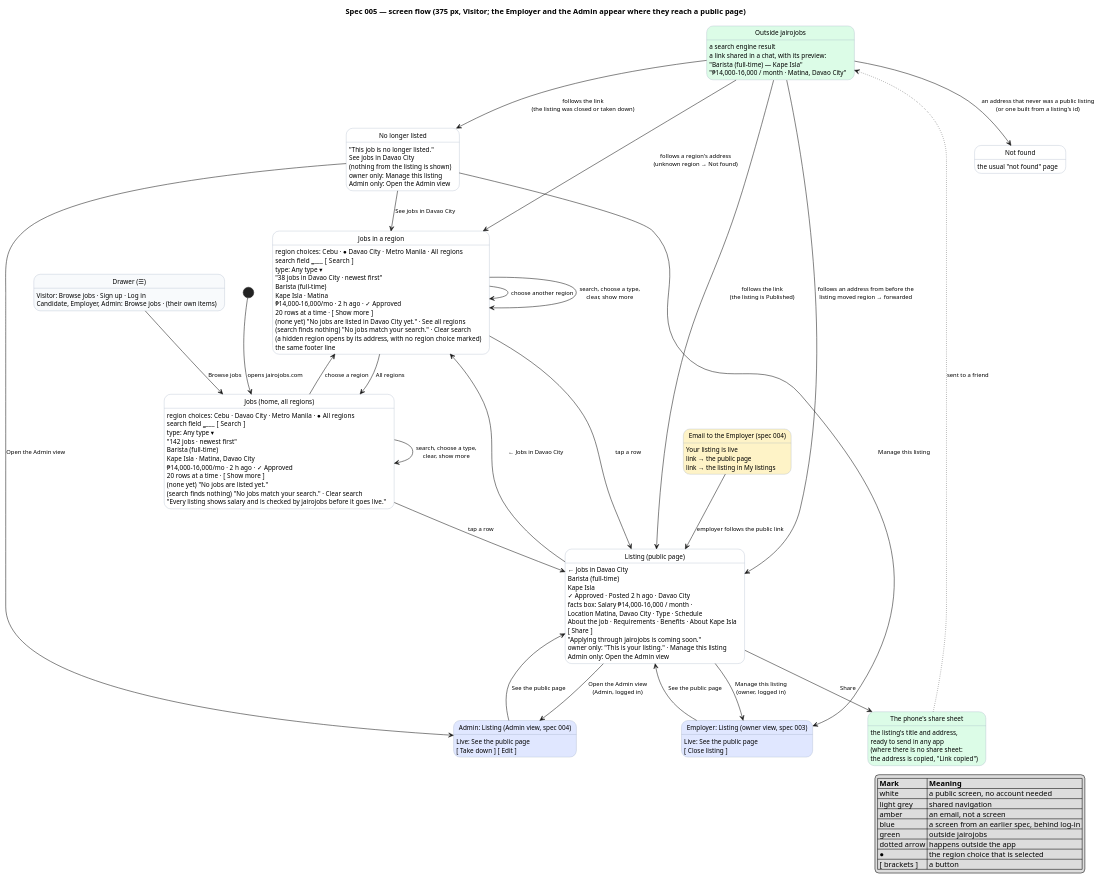
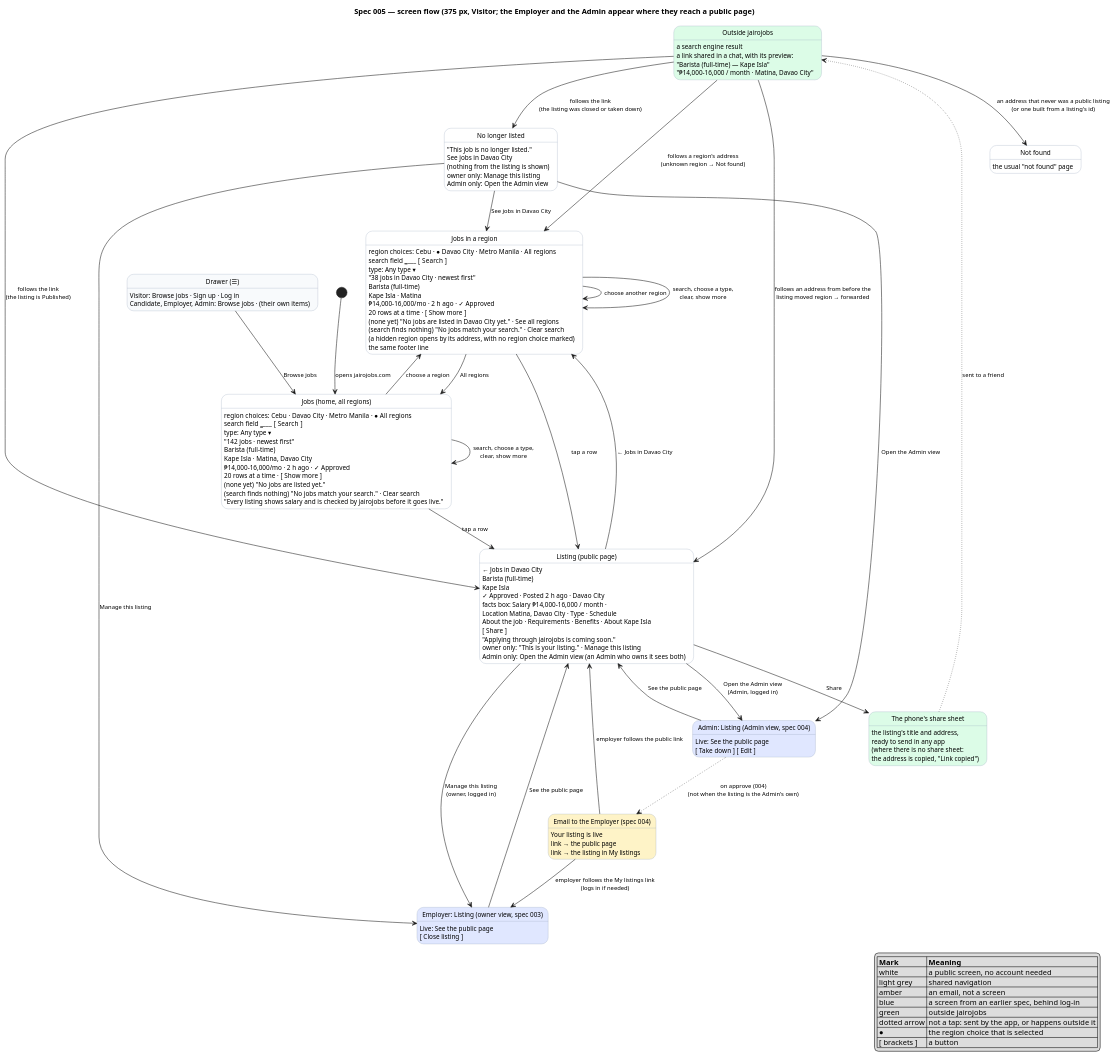
The diagram in docs/specs/005-public-browse-search/diagrams/screenflow-browse.puml (raseniero/jairojobs-elixir), drawn with PlantUML before and after one commit. The commit also changed 10 other files, not shown here.

Commit message:
docs(spec 005): scenario-by-scenario check of the diagrams; table of earlier documents verified

```diff
--- a/docs/specs/005-public-browse-search/diagrams/screenflow-browse.puml
+++ b/docs/specs/005-public-browse-search/diagrams/screenflow-browse.puml
@@ -1,136 +1,138 @@
 @startuml screenflow-browse
 ' Spec 005 — screen flow. Each state is a screen (key elements listed); each arrow is a user action.
 ' Every user story US-005-1..11 is a path through this diagram (see table in spec.md).
 
 hide empty description
 skinparam state {
   BackgroundColor white
   BackgroundColor<<public>> #f8fafc
   BackgroundColor<<email>> #fef3c7
   BackgroundColor<<other>> #e0e7ff
   BackgroundColor<<outside>> #dcfce7
   BorderColor #94a3b8
   FontSize 12
 }
 skinparam arrowFontSize 11
 
 title Spec 005 — screen flow (375 px, Visitor; the Employer and the Admin appear where they reach a public page)
 
 state "Outside jairojobs" as Outside <<outside>>
 Outside : a search engine result
 Outside : a link shared in a chat, with its preview:
 Outside : "Barista (full-time) — Kape Isla"
 Outside : "₱14,000–16,000 / month · Matina, Davao City"
 
 state "Drawer (☰)" as Drawer <<public>>
 Drawer : Visitor: Browse jobs · Sign up · Log in
 Drawer : Candidate, Employer, Admin: Browse jobs · (their own items)
 
 state "Jobs (home, all regions)" as All
 All : region choices: Cebu · Davao City · Metro Manila · ● All regions
 All : search field ________  [ Search ]
 All : type: Any type ▾
 All : "142 jobs · newest first"
 All : Barista (full-time)
 All : Kape Isla · Matina, Davao City
 All : ₱14,000–16,000/mo · 2 h ago · ✓ Approved
 All : 20 rows at a time · [ Show more ]
 All : (none yet) "No jobs are listed yet."
 All : (search finds nothing) "No jobs match your search." · Clear search
 All : "Every listing shows salary and is checked by jairojobs before it goes live."
 
 state "Jobs in a region" as Region
 Region : region choices: Cebu · ● Davao City · Metro Manila · All regions
 Region : search field ________  [ Search ]
 Region : type: Any type ▾
 Region : "38 jobs in Davao City · newest first"
 Region : Barista (full-time)
 Region : Kape Isla · Matina
 Region : ₱14,000–16,000/mo · 2 h ago · ✓ Approved
 Region : 20 rows at a time · [ Show more ]
 Region : (none yet) "No jobs are listed in Davao City yet." · See all regions
 Region : (search finds nothing) "No jobs match your search." · Clear search
 Region : (a hidden region opens by its address, with no region choice marked)
 Region : the same footer line
 
 state "Listing (public page)" as Listing
 Listing : ← Jobs in Davao City
 Listing : Barista (full-time)
 Listing : Kape Isla
 Listing : ✓ Approved · Posted 2 h ago · Davao City
 Listing : facts box: Salary ₱14,000–16,000 / month ·
 Listing : Location Matina, Davao City · Type · Schedule
 Listing : About the job · Requirements · Benefits · About Kape Isla
 Listing : [ Share ]
 Listing : "Applying through jairojobs is coming soon."
 Listing : owner only: "This is your listing." · Manage this listing
-Listing : Admin only: Open the Admin view
+Listing : Admin only: Open the Admin view (an Admin who owns it sees both)
 
 state "No longer listed" as Gone
 Gone : "This job is no longer listed."
 Gone : See jobs in Davao City
 Gone : (nothing from the listing is shown)
 Gone : owner only: Manage this listing
 Gone : Admin only: Open the Admin view
 
 state "Not found" as NotFound
 NotFound : the usual "not found" page
 
 state "The phone's share sheet" as Sheet <<outside>>
 Sheet : the listing's title and address,
 Sheet : ready to send in any app
 Sheet : (where there is no share sheet:
 Sheet : the address is copied, "Link copied")
 
 state "Email to the Employer (spec 004)" as Mail <<email>>
 Mail : Your listing is live
 Mail : link → the public page
 Mail : link → the listing in My listings
 
 state "Employer: Listing (owner view, spec 003)" as Owner <<other>>
 Owner : Live: See the public page
 Owner : [ Close listing ]
 
 state "Admin: Listing (Admin view, spec 004)" as Admin <<other>>
 Admin : Live: See the public page
 Admin : [ Take down ] [ Edit ]
 
 [*] --> All : opens jairojobs.com
 Drawer --> All : Browse jobs
 All --> Region : choose a region
 Region --> Region : choose another region
 Region --> All : All regions
 All --> All : search, choose a type,\nclear, show more
 Region --> Region : search, choose a type,\nclear, show more
 All --> Listing : tap a row
 Region --> Listing : tap a row
 Listing --> Region : ← Jobs in Davao City
 Listing --> Sheet : Share
 Sheet -[dotted]-> Outside : sent to a friend
 Outside --> Listing : follows the link\n(the listing is Published)
 Outside --> Gone : follows the link\n(the listing was closed or taken down)
 Outside --> Listing : follows an address from before the\nlisting moved region → forwarded
 Outside --> NotFound : an address that never was a public listing\n(or one built from a listing's id)
 Outside --> Region : follows a region's address\n(unknown region → Not found)
 Gone --> Region : See jobs in Davao City
 
+Admin -[dotted]-> Mail : on approve (004)\n(not when the listing is the Admin's own)
 Mail --> Listing : employer follows the public link
+Mail --> Owner : employer follows the My listings link\n(logs in if needed)
 Listing --> Owner : Manage this listing\n(owner, logged in)
 Owner --> Listing : See the public page
 Listing --> Admin : Open the Admin view\n(Admin, logged in)
 Admin --> Listing : See the public page
 Gone --> Owner : Manage this listing
 Gone --> Admin : Open the Admin view
 
 legend right
   |= Mark |= Meaning |
   | white | a public screen, no account needed |
   | light grey | shared navigation |
   | amber | an email, not a screen |
   | blue | a screen from an earlier spec, behind log-in |
   | green | outside jairojobs |
-  | dotted arrow | happens outside the app |
+  | dotted arrow | not a tap: sent by the app, or happens outside it |
   | ● | the region choice that is selected |
   | [ brackets ] | a button |
 endlegend
 @enduml
```
